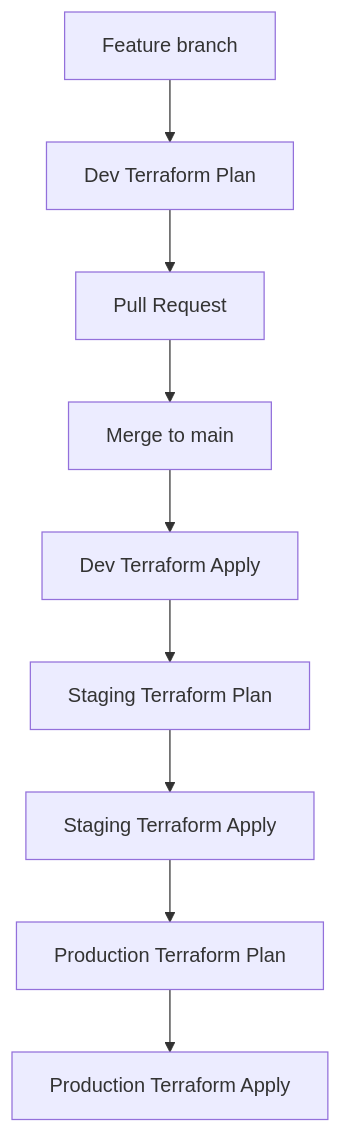
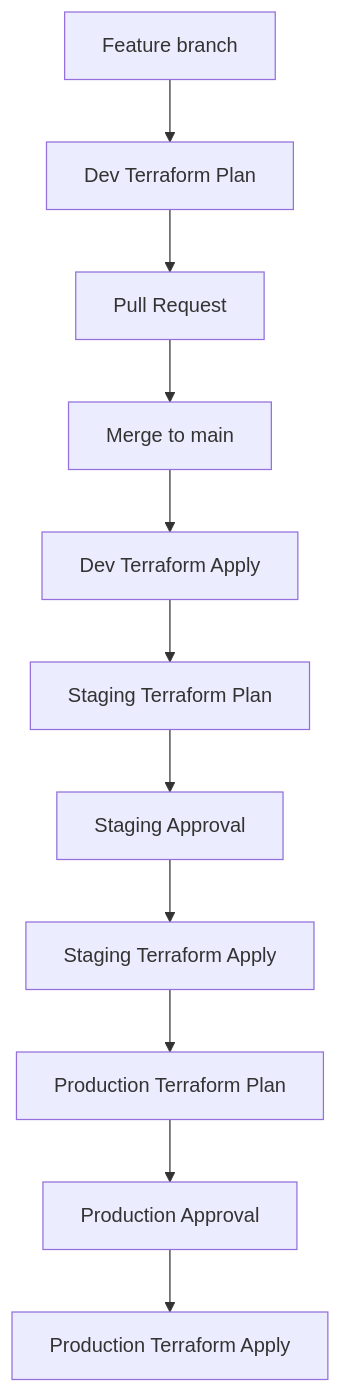
The diagram in README.md (nikolastojkovic/dummy-infra), drawn with Mermaid before and after one commit. The commit also changed other lines of this file, not shown here.

````diff
--- a/README.md
+++ b/README.md
@@ -79,11 +84,13 @@
 ```mermaid
 flowchart TD
     A[Feature branch] --> B[Dev Terraform Plan]
     B --> C[Pull Request]
     C --> D[Merge to main]
     D --> E[Dev Terraform Apply]
     E --> F[Staging Terraform Plan]
-    F --> G[Staging Terraform Apply]
-    G --> H[Production Terraform Plan]
-    H --> I[Production Terraform Apply]
+    F --> G[Staging Approval]
+    G --> H[Staging Terraform Apply]
+    H --> I[Production Terraform Plan]
+    I --> J[Production Approval]
+    J --> K[Production Terraform Apply]
 ```
````
